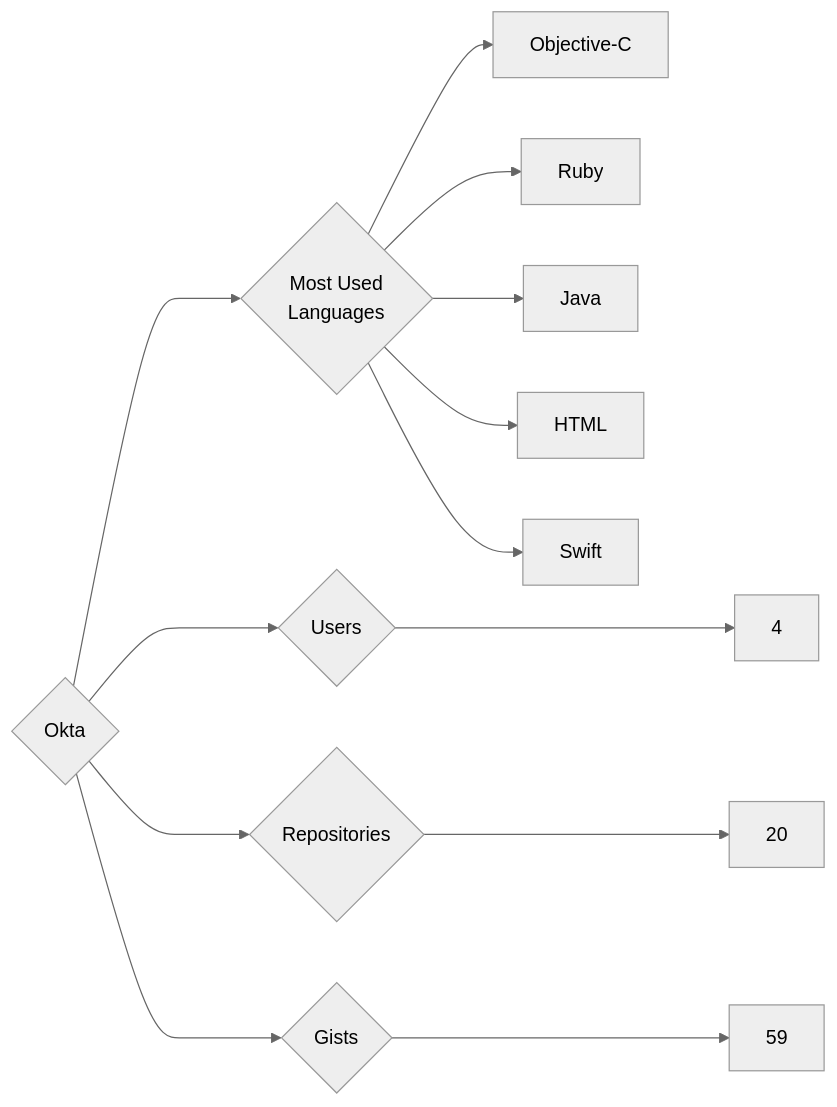
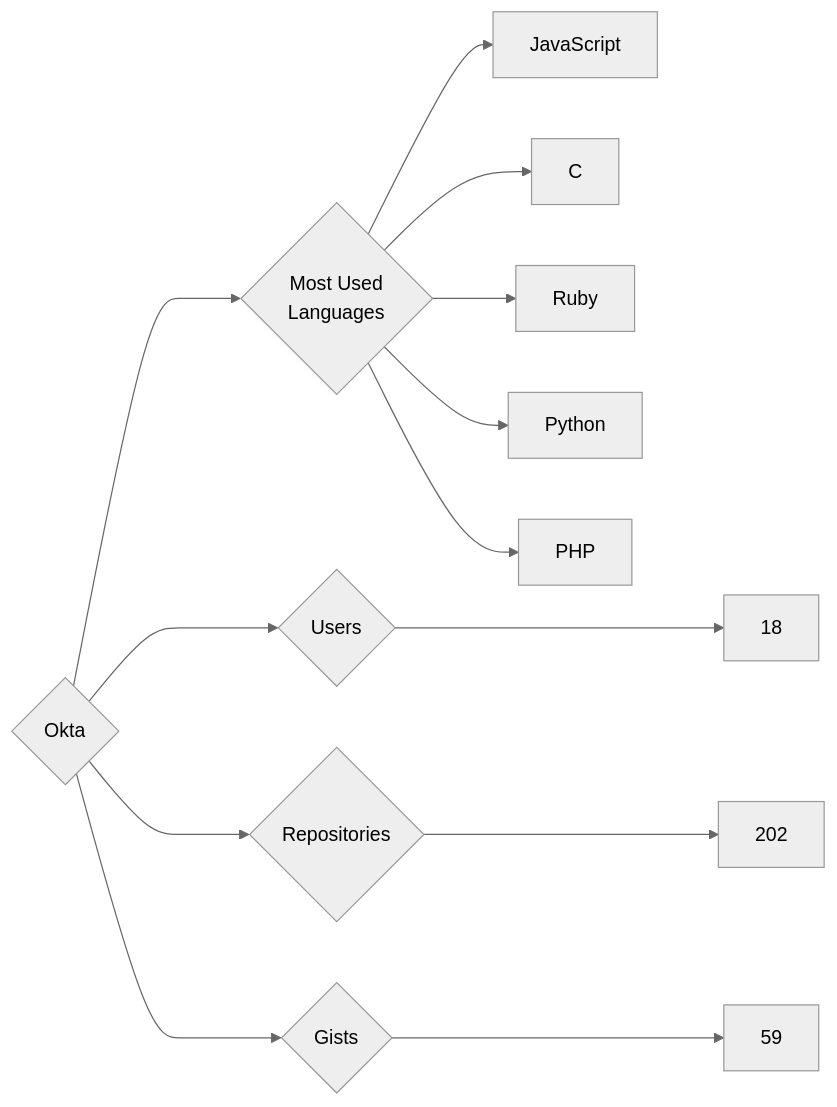
The diagram in targets/Okta/README.md (trickest/insiders), drawn with Mermaid (neutral theme) before and after one commit. The commit also changed 770 other files, not shown here.

````diff
--- a/targets/Okta/README.md
+++ b/targets/Okta/README.md
@@ -3,13 +3,13 @@
 ```mermaid
 graph LR
 COMPANY_NAME{Okta}
-COMPANY_NAME ---> U{Users} ---> UN[4]
-COMPANY_NAME ---> R{Repositories} ---> RN[20]
+COMPANY_NAME ---> U{Users} ---> UN[18]
+COMPANY_NAME ---> R{Repositories} ---> RN[202]
 COMPANY_NAME ---> G{Gists} ---> GN[59]
 COMPANY_NAME ---> ML{Most Used<br>Languages}
-ML --> Objective-C[Objective-C]
+ML --> JavaScript[JavaScript]
+ML --> C[C]
 ML --> Ruby[Ruby]
-ML --> Java[Java]
-ML --> HTML[HTML]
-ML --> Swift[Swift]
+ML --> Python[Python]
+ML --> PHP[PHP]
 ```
````
